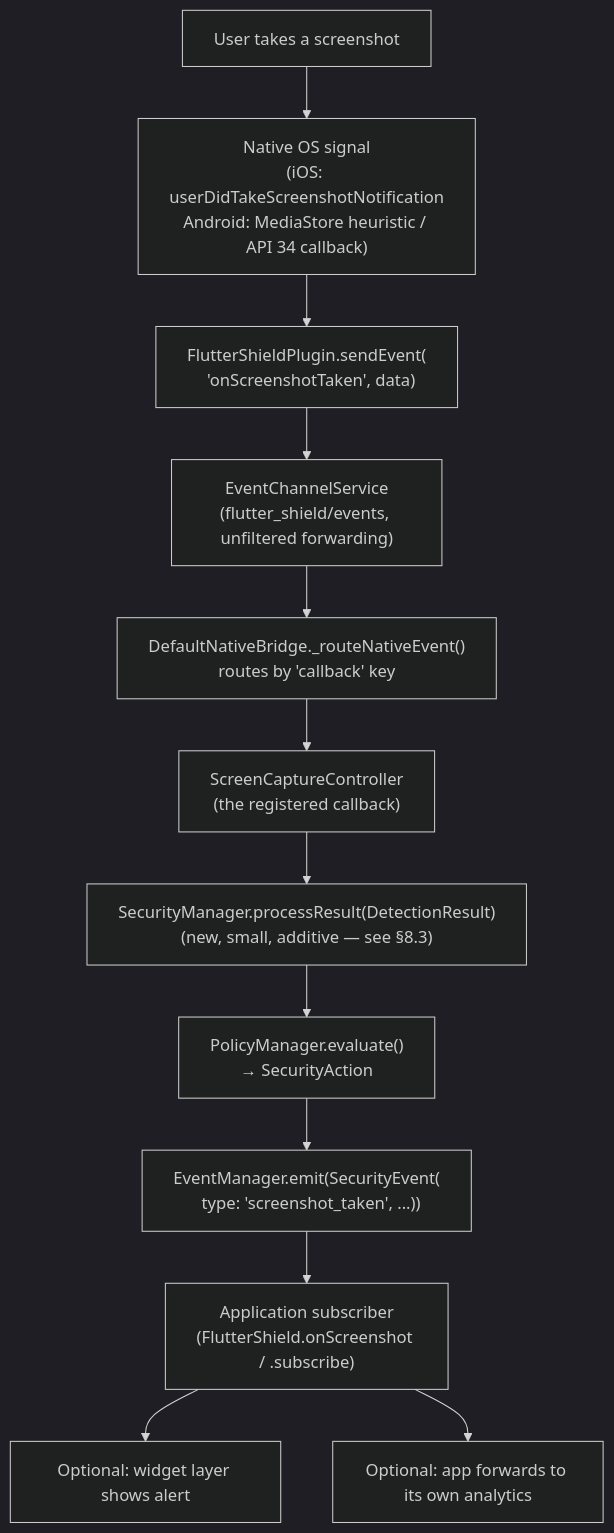
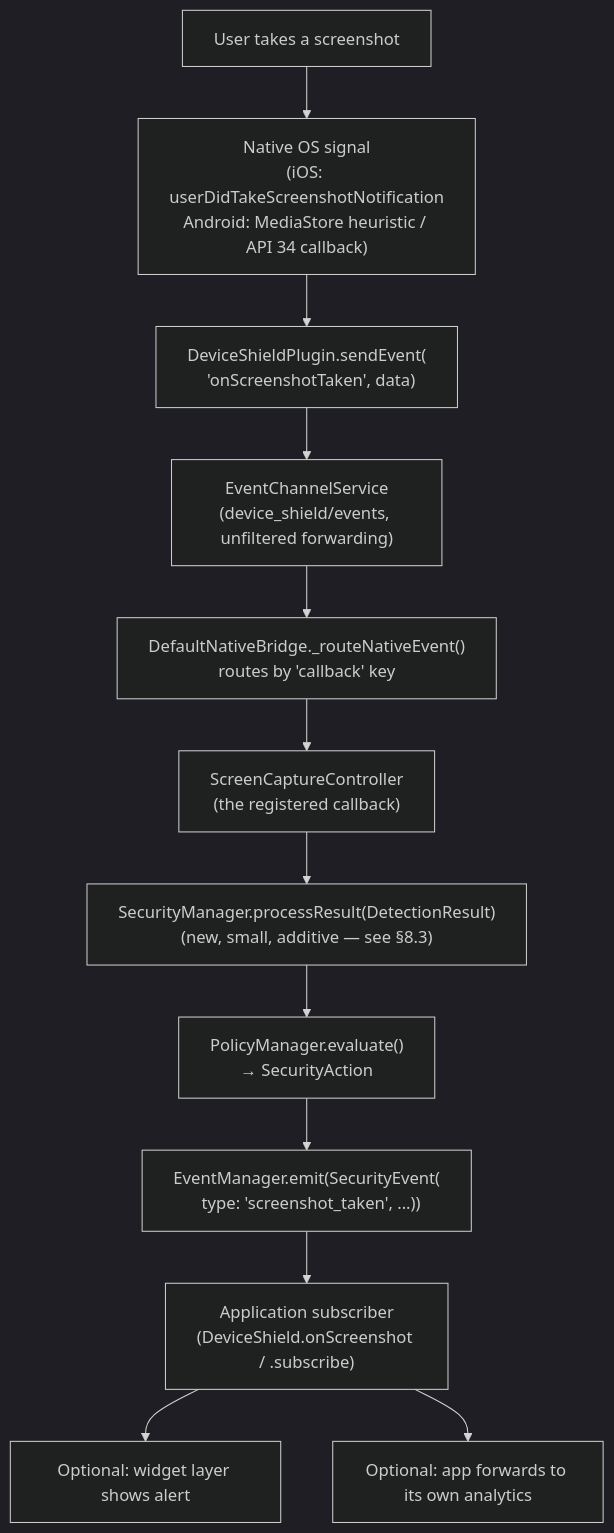
Before and after one commit to Vikaskumar75/device-shield: the first of 6 diagrams in app/doc/features/SCREENSHOT_SCREEN_RECORDING_PROTECTION.md, drawn with Mermaid (dark theme). The commit also changed other lines of this file and 225 other files, not shown here.

First line of the commit message:
Add documentation for device_shield including FAQ, troubleshooting, installation, and platform setup

````diff
--- a/app/doc/features/SCREENSHOT_SCREEN_RECORDING_PROTECTION.md
+++ b/app/doc/features/SCREENSHOT_SCREEN_RECORDING_PROTECTION.md
@@ -183,20 +183,20 @@
 ```mermaid
 flowchart TD
     USER["User takes a screenshot"]
     NATIVE["Native OS signal\n(iOS: userDidTakeScreenshotNotification\nAndroid: MediaStore heuristic / API 34 callback)"]
-    PLUGIN["FlutterShieldPlugin.sendEvent(\n  'onScreenshotTaken', data)"]
-    ECS["EventChannelService\n(flutter_shield/events, unfiltered forwarding)"]
+    PLUGIN["DeviceShieldPlugin.sendEvent(\n  'onScreenshotTaken', data)"]
+    ECS["EventChannelService\n(device_shield/events, unfiltered forwarding)"]
     NB["DefaultNativeBridge._routeNativeEvent()\nroutes by 'callback' key"]
     SCC["ScreenCaptureController\n(the registered callback)"]
     SM["SecurityManager.processResult(DetectionResult)\n(new, small, additive — see §8.3)"]
     POL["PolicyManager.evaluate()\n→ SecurityAction"]
     EM["EventManager.emit(SecurityEvent(\n  type: 'screenshot_taken', ...))"]
-    APP["Application subscriber\n(FlutterShield.onScreenshot / .subscribe)"]
+    APP["Application subscriber\n(DeviceShield.onScreenshot / .subscribe)"]
     ALERT["Optional: widget layer shows alert"]
     ANALYTICS["Optional: app forwards to its own analytics"]
 
     USER --> NATIVE --> PLUGIN --> ECS --> NB --> SCC --> SM --> POL
     POL --> EM --> APP
     APP --> ALERT
     APP --> ANALYTICS
 ```
````
